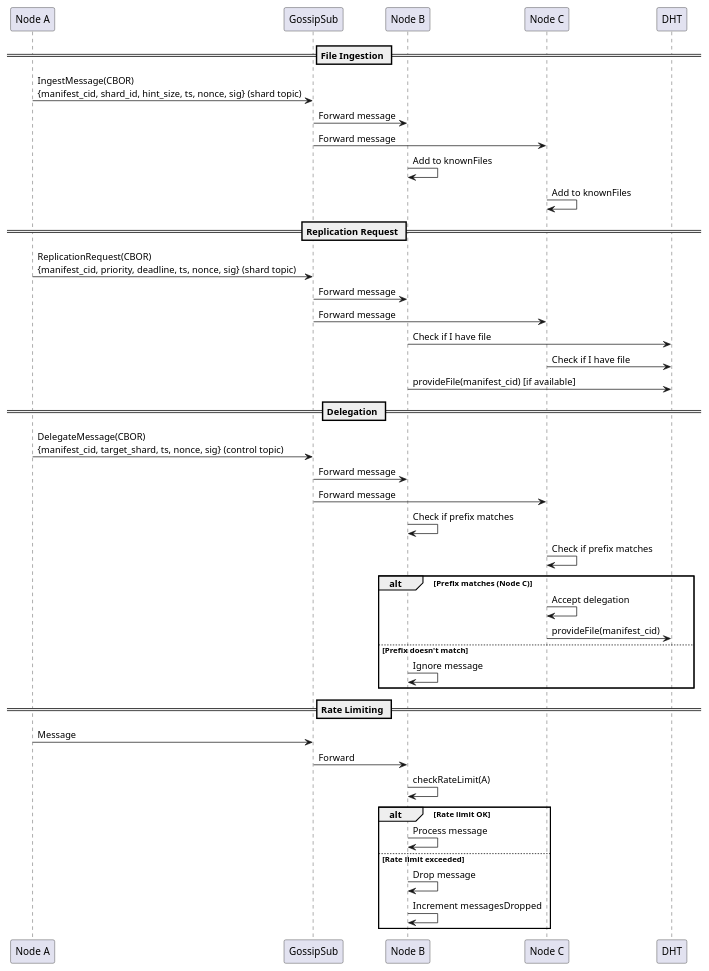
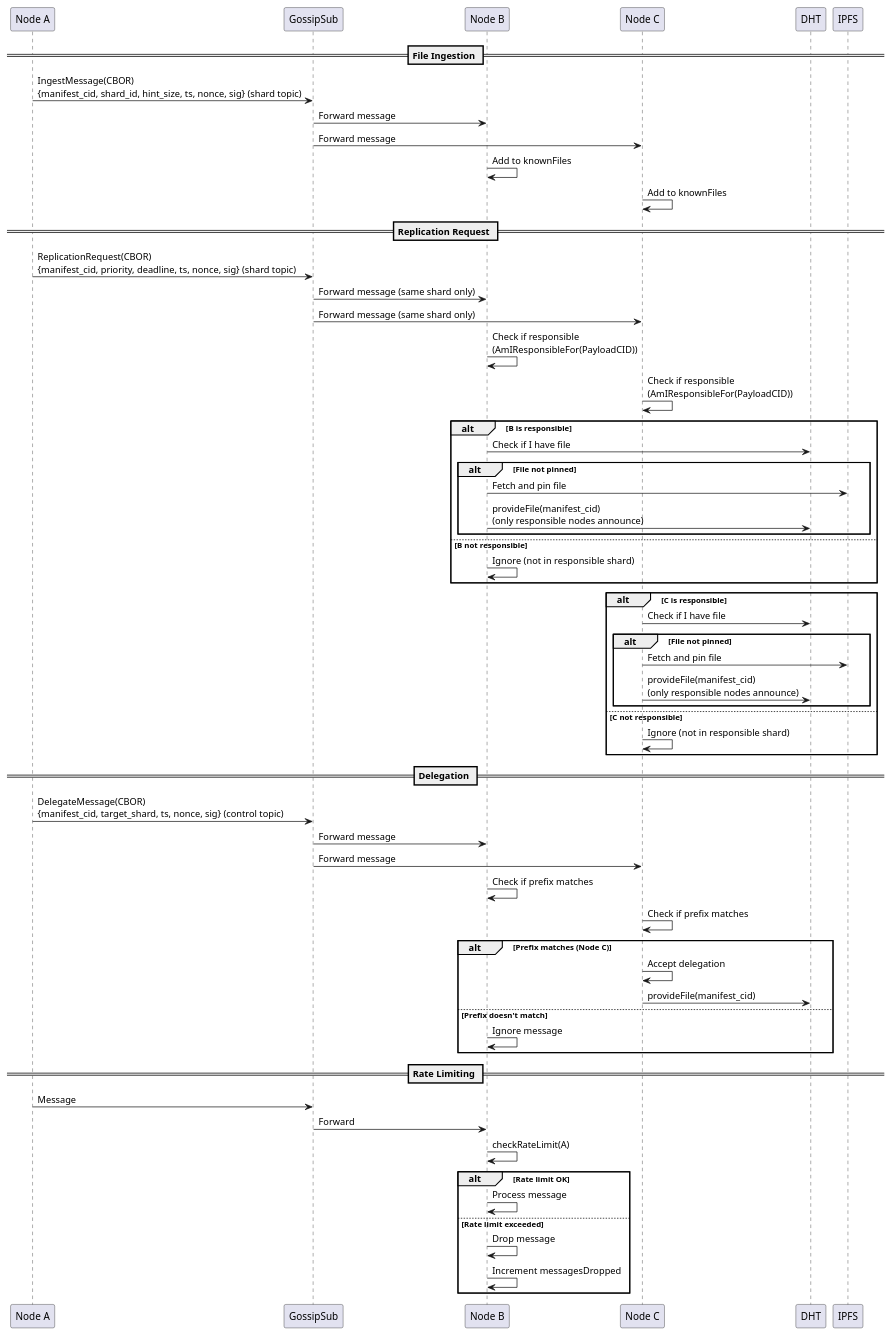
Before and after one commit to gipplab/D-LOCKSS: the diagram in docs/message_flow.puml, drawn with PlantUML. The commit also changed 10 other files, not shown here.

Commit message:
shard split fix and updated diagrams

```diff
--- a/docs/message_flow.puml
+++ b/docs/message_flow.puml
@@ -1,48 +1,65 @@
 @startuml Message Flow Diagram
 
 participant "Node A" as A
 participant "GossipSub" as GS
 participant "Node B" as B
 participant "Node C" as C
 participant "DHT" as DHT
 
 == File Ingestion ==
 A -> GS: IngestMessage(CBOR)\n{manifest_cid, shard_id, hint_size, ts, nonce, sig} (shard topic)
 GS -> B: Forward message
 GS -> C: Forward message
 B -> B: Add to knownFiles
 C -> C: Add to knownFiles
 
 == Replication Request ==
 A -> GS: ReplicationRequest(CBOR)\n{manifest_cid, priority, deadline, ts, nonce, sig} (shard topic)
-GS -> B: Forward message
-GS -> C: Forward message
-B -> DHT: Check if I have file
-C -> DHT: Check if I have file
-B -> DHT: provideFile(manifest_cid) [if available]
+GS -> B: Forward message (same shard only)
+GS -> C: Forward message (same shard only)
+B -> B: Check if responsible\n(AmIResponsibleFor(PayloadCID))
+C -> C: Check if responsible\n(AmIResponsibleFor(PayloadCID))
+alt B is responsible
+    B -> DHT: Check if I have file
+    alt File not pinned
+        B -> IPFS: Fetch and pin file
+        B -> DHT: provideFile(manifest_cid)\n(only responsible nodes announce)
+    end
+else B not responsible
+    B -> B: Ignore (not in responsible shard)
+end
+alt C is responsible
+    C -> DHT: Check if I have file
+    alt File not pinned
+        C -> IPFS: Fetch and pin file
+        C -> DHT: provideFile(manifest_cid)\n(only responsible nodes announce)
+    end
+else C not responsible
+    C -> C: Ignore (not in responsible shard)
+end
 
 == Delegation ==
 A -> GS: DelegateMessage(CBOR)\n{manifest_cid, target_shard, ts, nonce, sig} (control topic)
 GS -> B: Forward message
 GS -> C: Forward message
 B -> B: Check if prefix matches
 C -> C: Check if prefix matches
 alt Prefix matches (Node C)
     C -> C: Accept delegation
     C -> DHT: provideFile(manifest_cid)
 else Prefix doesn't match
     B -> B: Ignore message
 end
 
 == Rate Limiting ==
 A -> GS: Message
 GS -> B: Forward
 B -> B: checkRateLimit(A)
 alt Rate limit OK
     B -> B: Process message
 else Rate limit exceeded
     B -> B: Drop message
     B -> B: Increment messagesDropped
 end
 
 @enduml
```
